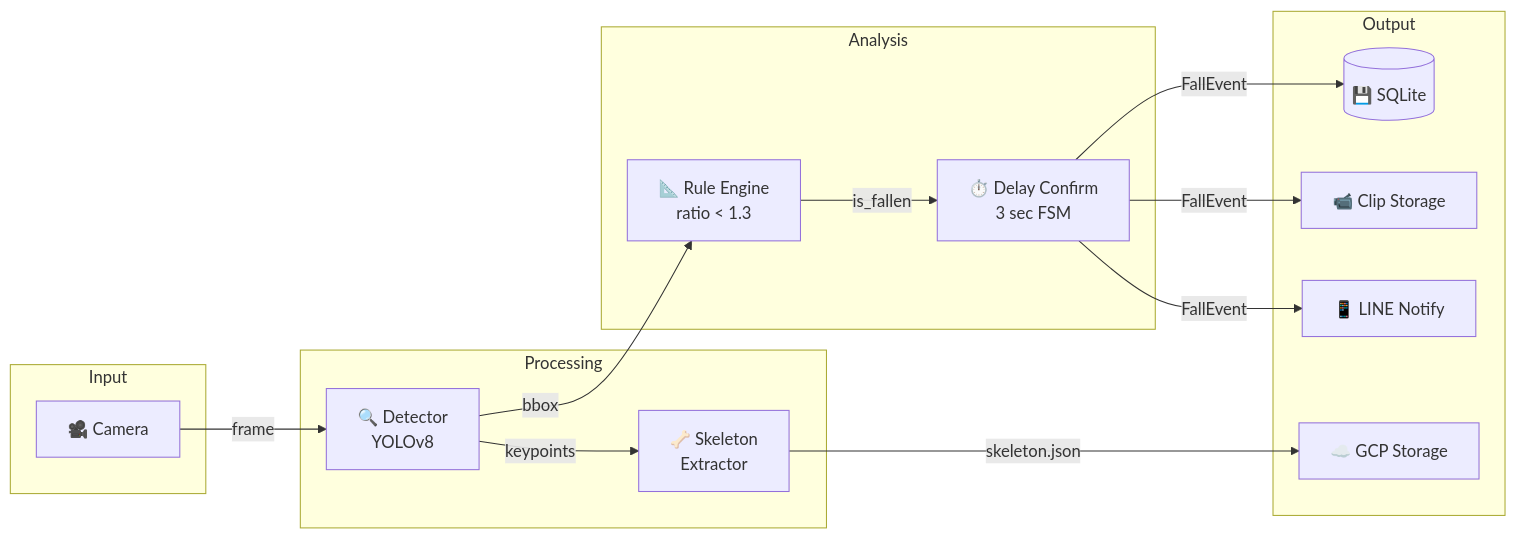
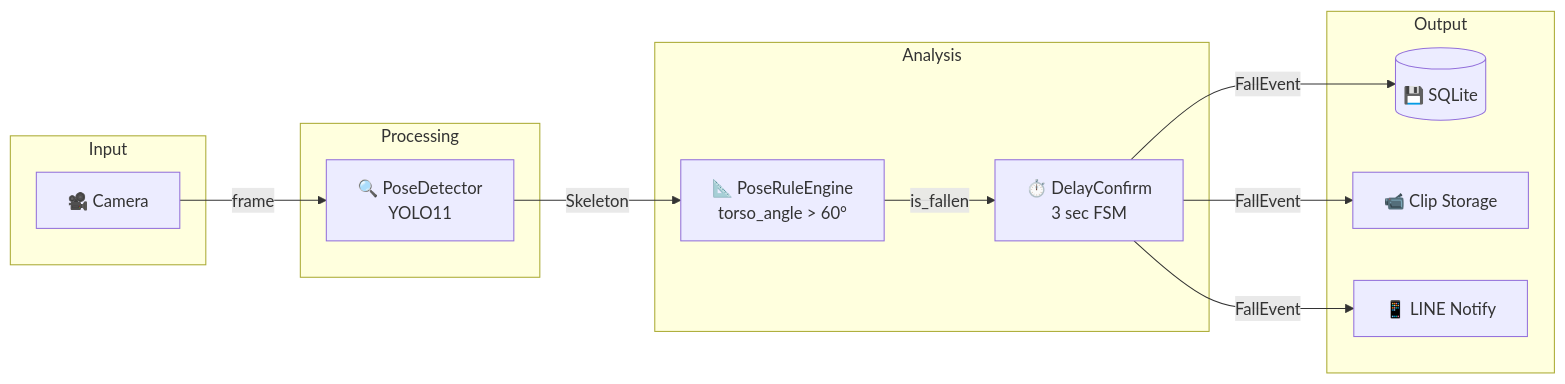
The seventh of 8 diagrams in docs/ARCHITECTURE.md (kionce57/FDS), drawn with Mermaid before and after one commit. The commit also changed other lines of this file, not shown here.

First line of the commit message:
docs: update ARCHITECTURE.md after cloud sync removal

````diff
--- a/docs/ARCHITECTURE.md
+++ b/docs/ARCHITECTURE.md
@@ -306,32 +252,28 @@
 ```mermaid
 flowchart LR
     subgraph Input
         CAM[🎥 Camera]
     end
 
     subgraph Processing
-        DET[🔍 Detector<br/>YOLOv8]
-        SKEL[🦴 Skeleton<br/>Extractor]
+        DET[🔍 PoseDetector<br/>YOLO11]
     end
 
     subgraph Analysis
-        RULE[📐 Rule Engine<br/>ratio < 1.3]
-        DELAY[⏱️ Delay Confirm<br/>3 sec FSM]
+        RULE[📐 PoseRuleEngine<br/>torso_angle > 60°]
+        DELAY[⏱️ DelayConfirm<br/>3 sec FSM]
     end
 
     subgraph Output
         DB[(💾 SQLite)]
         CLIP[📹 Clip Storage]
         LINE[📱 LINE Notify]
-        GCP[☁️ GCP Storage]
     end
 
     CAM -->|frame| DET
-    DET -->|bbox| RULE
-    DET -->|keypoints| SKEL
+    DET -->|Skeleton| RULE
     RULE -->|is_fallen| DELAY
     DELAY -->|FallEvent| DB
     DELAY -->|FallEvent| CLIP
     DELAY -->|FallEvent| LINE
-    SKEL -->|skeleton.json| GCP
 ```
````
